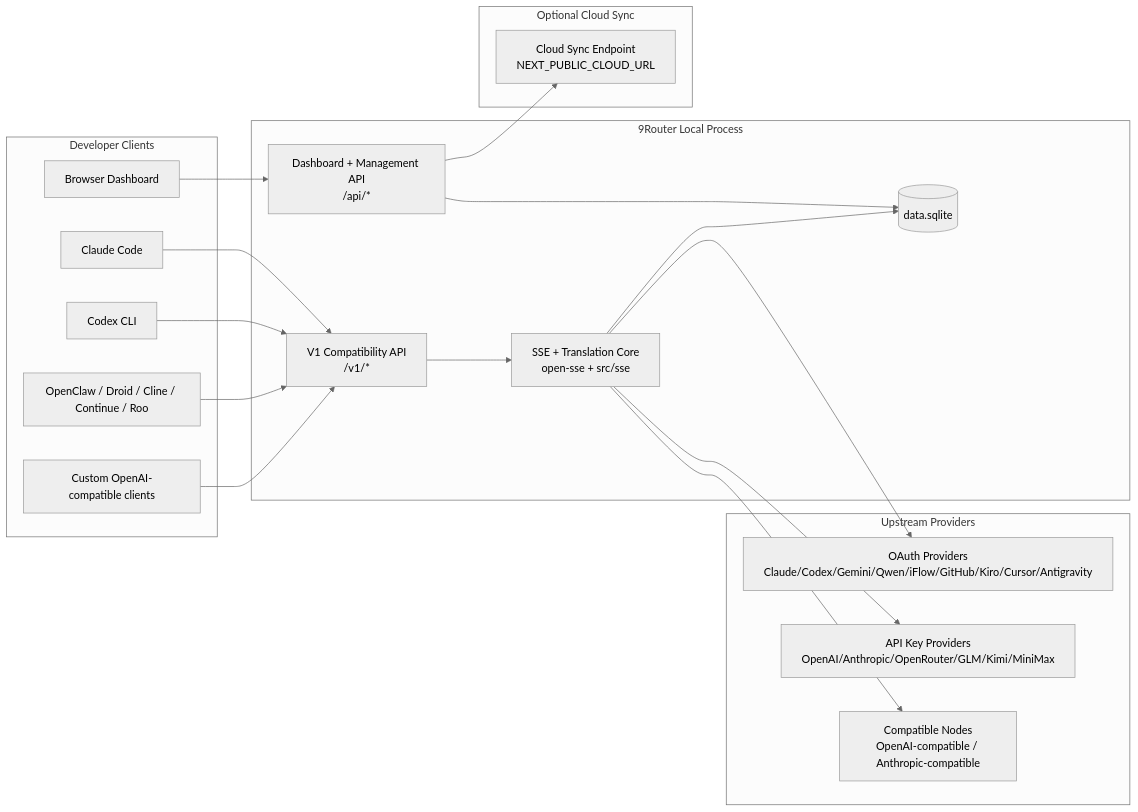
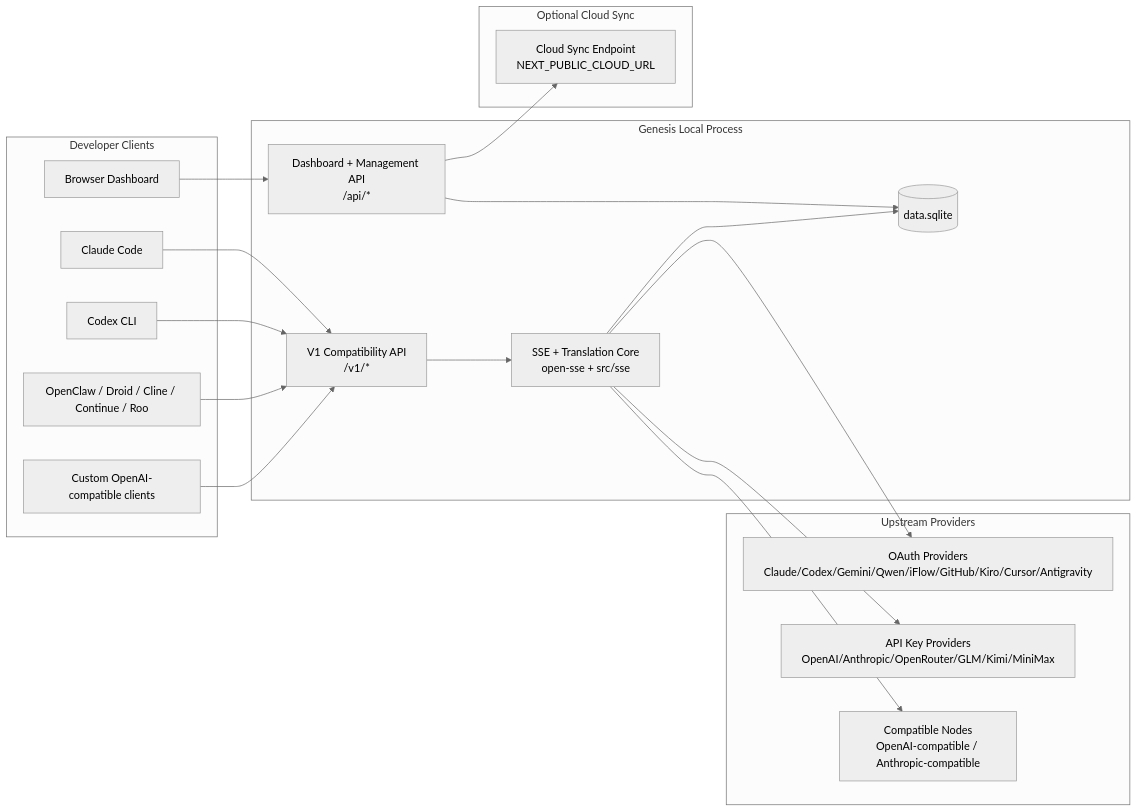
Before and after one commit to vzwjustin/Genesis: the first of 7 diagrams in docs/ARCHITECTURE.md, drawn with Mermaid (neutral theme). The commit also changed other lines of this file and 337 other files, not shown here.

````diff
--- a/docs/ARCHITECTURE.md
+++ b/docs/ARCHITECTURE.md
@@ -45,43 +45,43 @@
 ```mermaid
 flowchart LR
     subgraph Clients[Developer Clients]
         C1[Claude Code]
         C2[Codex CLI]
         C3[OpenClaw / Droid / Cline / Continue / Roo]
         C4[Custom OpenAI-compatible clients]
         BROWSER[Browser Dashboard]
     end
 
-    subgraph Router[9Router Local Process]
+    subgraph Router[Genesis Local Process]
         API[V1 Compatibility API\n/v1/*]
         DASH[Dashboard + Management API\n/api/*]
         CORE[SSE + Translation Core\nopen-sse + src/sse]
         DB[(data.sqlite)]
     end
 
     subgraph Upstreams[Upstream Providers]
         P1[OAuth Providers\nClaude/Codex/Gemini/Qwen/iFlow/GitHub/Kiro/Cursor/Antigravity]
         P2[API Key Providers\nOpenAI/Anthropic/OpenRouter/GLM/Kimi/MiniMax]
         P3[Compatible Nodes\nOpenAI-compatible / Anthropic-compatible]
     end
 
     subgraph Cloud[Optional Cloud Sync]
         CLOUD[Cloud Sync Endpoint\nNEXT_PUBLIC_CLOUD_URL]
     end
 
     C1 --> API
     C2 --> API
     C3 --> API
     C4 --> API
     BROWSER --> DASH
 
     API --> CORE
     DASH --> DB
     CORE --> DB
 
     CORE --> P1
     CORE --> P2
     CORE --> P3
 
     DASH --> CLOUD
 ```
````
